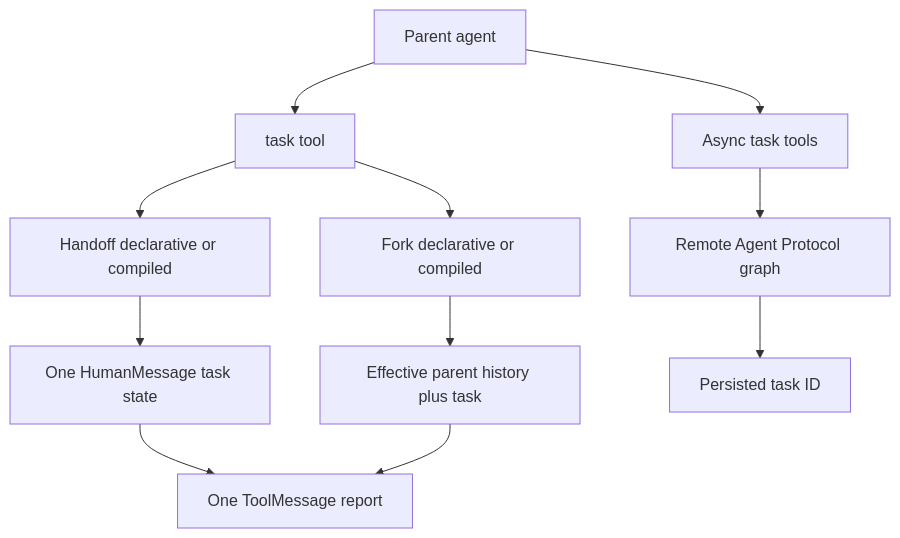
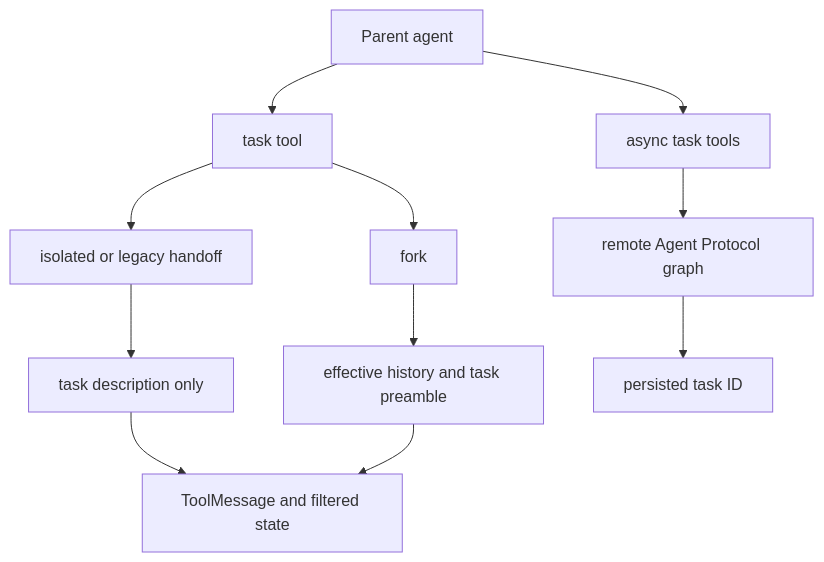
The diagram in openwiki/concepts/subagents-skills.md (langchain-ai/deepagents), drawn with Mermaid before and after one commit. The commit also changed other lines of this file and 14 other files, not shown here.

````diff
--- a/openwiki/concepts/subagents-skills.md
+++ b/openwiki/concepts/subagents-skills.md
@@ -31,13 +41,13 @@
 ```mermaid
 flowchart TD
     Parent["Parent agent"] --> Task["task tool"]
-    Task --> Handoff["Handoff declarative or compiled"]
-    Task --> Fork["Fork declarative or compiled"]
-    Handoff --> Isolated["One HumanMessage task state"]
-    Fork --> History["Effective parent history plus task"]
-    Isolated --> Reply["One ToolMessage report"]
-    History --> Reply
-    Parent --> Async["Async task tools"]
-    Async --> Remote["Remote Agent Protocol graph"]
-    Remote --> Handle["Persisted task ID"]
+    Task --> Isolated["isolated or legacy handoff"]
+    Task --> Fork["fork"]
+    Isolated --> Fresh["task description only"]
+    Fork --> History["effective history and task preamble"]
+    Fresh --> Report["ToolMessage and filtered state"]
+    History --> Report
+    Parent --> AsyncTools["async task tools"]
+    AsyncTools --> Remote["remote Agent Protocol graph"]
+    Remote --> Handle["persisted task ID"]
 ```
````
